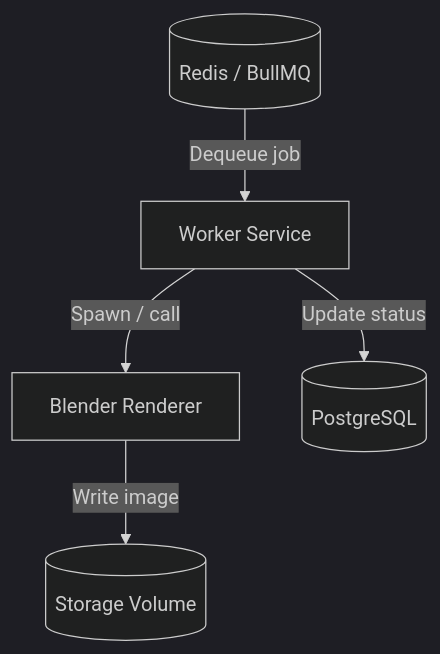
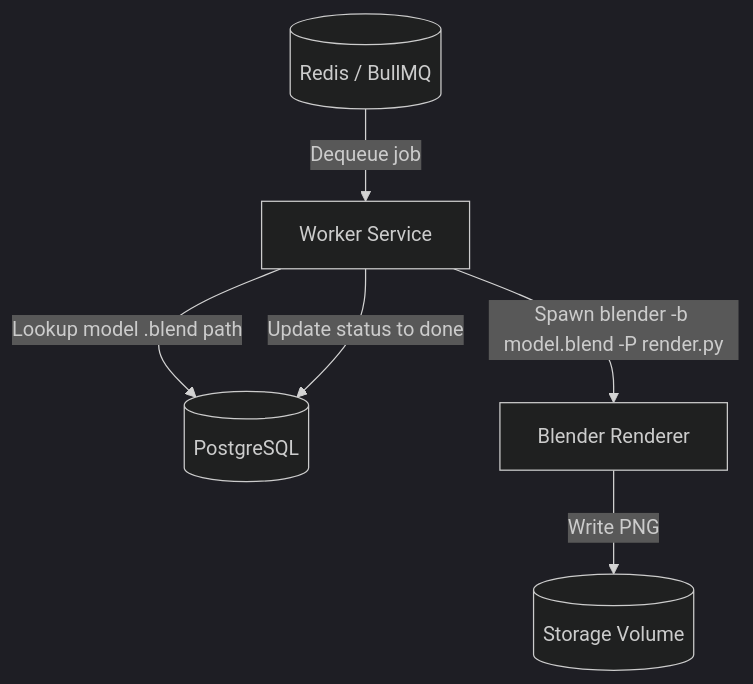
The diagram in docs/architecture/03-worker.md (giovanizaghi/3d-room-platform), drawn with Mermaid (dark theme) before and after one commit. The commit also changed other lines of this file and 5 other files, not shown here.

````diff
--- a/docs/architecture/03-worker.md
+++ b/docs/architecture/03-worker.md
@@ -21,13 +22,14 @@
 ```mermaid
 flowchart TD
     Queue[(Redis / BullMQ)]
     Worker[Worker Service]
+    DB[(PostgreSQL)]
     Renderer[Blender Renderer]
     Storage[(Storage Volume)]
-    DB[(PostgreSQL)]
 
     Queue -->|Dequeue job| Worker
-    Worker -->|Spawn / call| Renderer
-    Renderer -->|Write image| Storage
-    Worker -->|Update status| DB
+    Worker -->|Lookup model .blend path| DB
+    Worker -->|Spawn blender -b model.blend -P render.py| Renderer
+    Renderer -->|Write PNG| Storage
+    Worker -->|Update status to done| DB
 ```
````
